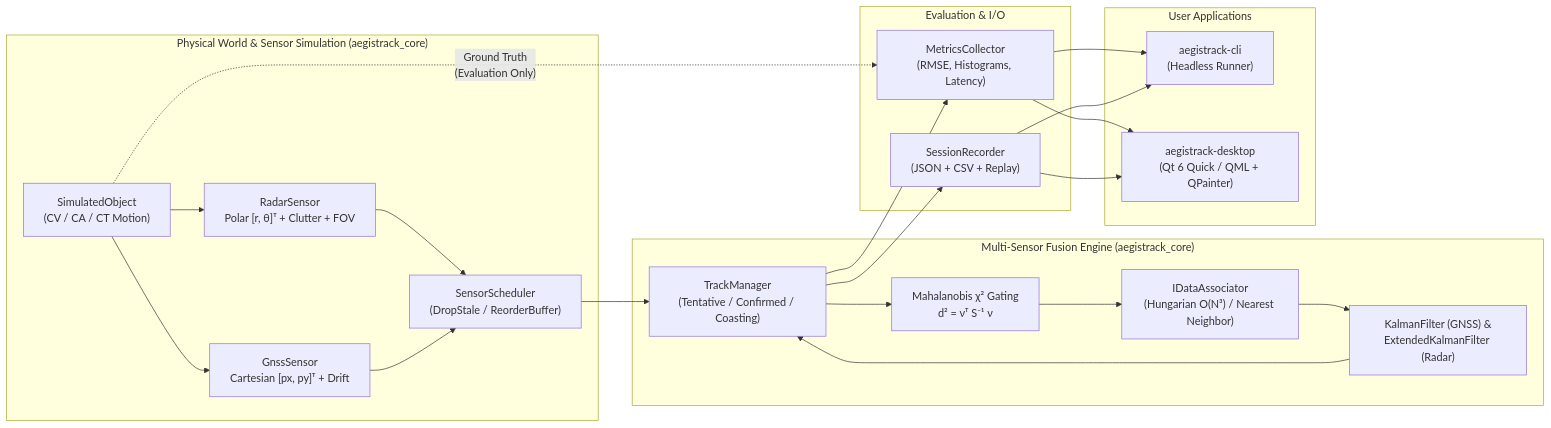
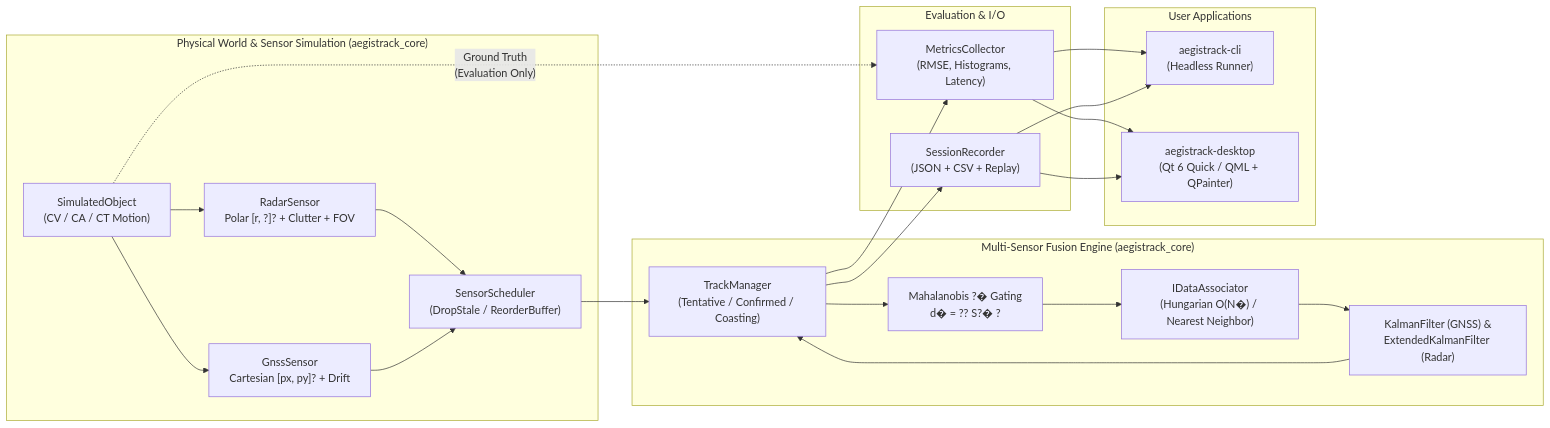
One commit to UmitGUL1/aegistrack-cpp changed the diagram in README.md. Above: the diagram before and after it, drawn with Mermaid. The commit also changed other lines of this file and 2 other files, not shown here.

````diff
--- a/README.md
+++ b/README.md
@@ -39,32 +39,32 @@
 ```mermaid
 flowchart LR
     subgraph Sim["Physical World & Sensor Simulation (aegistrack_core)"]
         GT["SimulatedObject\n(CV / CA / CT Motion)"]
-        RAD["RadarSensor\nPolar [r, θ]ᵀ + Clutter + FOV"]
-        GNSS["GnssSensor\nCartesian [px, py]ᵀ + Drift"]
+        RAD["RadarSensor\nPolar [r, ?]? + Clutter + FOV"]
+        GNSS["GnssSensor\nCartesian [px, py]? + Drift"]
         SCHED["SensorScheduler\n(DropStale / ReorderBuffer)"]
         GT --> RAD & GNSS --> SCHED
     end
 
     subgraph Fusion["Multi-Sensor Fusion Engine (aegistrack_core)"]
         TM["TrackManager\n(Tentative / Confirmed / Coasting)"]
-        GATE["Mahalanobis χ² Gating\nd² = νᵀ S⁻¹ ν"]
-        ASSOC["IDataAssociator\n(Hungarian O(N³) / Nearest Neighbor)"]
+        GATE["Mahalanobis ?� Gating\nd� = ?? S?� ?"]
+        ASSOC["IDataAssociator\n(Hungarian O(N�) / Nearest Neighbor)"]
         EST["KalmanFilter (GNSS) &\nExtendedKalmanFilter (Radar)"]
         SCHED --> TM
         TM --> GATE --> ASSOC --> EST --> TM
     end
 
     subgraph Eval["Evaluation & I/O"]
         MET["MetricsCollector\n(RMSE, Histograms, Latency)"]
         REC["SessionRecorder\n(JSON + CSV + Replay)"]
         TM --> MET & REC
         GT -. "Ground Truth\n(Evaluation Only)" .-> MET
     end
 
     subgraph Apps["User Applications"]
         CLI["aegistrack-cli\n(Headless Runner)"]
         GUI["aegistrack-desktop\n(Qt 6 Quick / QML + QPainter)"]
         MET & REC --> CLI & GUI
     end
 ```
````
